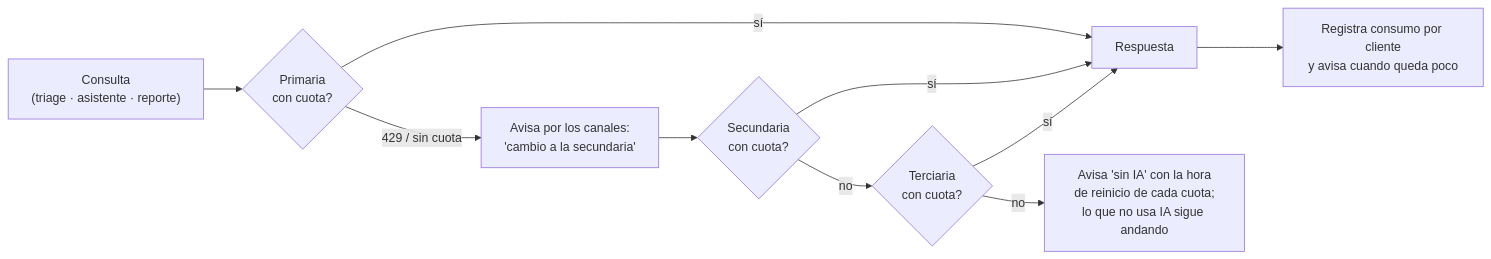
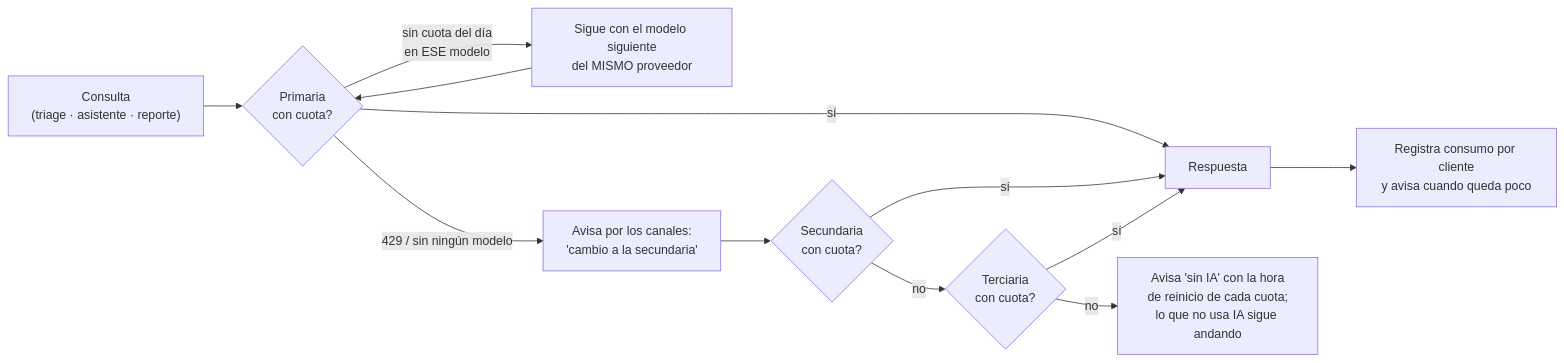
The first of 6 diagrams in DOCUMENTO_MAESTRO.md (bsierra4262/ithos), drawn with Mermaid before and after one commit. The commit also changed other lines of this file and 14 other files, not shown here.

````diff
--- a/DOCUMENTO_MAESTRO.md
+++ b/DOCUMENTO_MAESTRO.md
@@ -73,11 +73,12 @@
 ```mermaid
 flowchart LR
     Q["Consulta<br/>(triage · asistente · reporte)"] --> P1{"Primaria<br/>con cuota?"}
     P1 -->|"sí"| R["Respuesta"]
-    P1 -->|"429 / sin cuota"| AV["Avisa por los canales:<br/>'cambio a la secundaria'"] --> P2{"Secundaria<br/>con cuota?"}
+    P1 -->|"sin cuota del día<br/>en ESE modelo"| ES["Sigue con el modelo siguiente<br/>del MISMO proveedor"] --> P1
+    P1 -->|"429 / sin ningún modelo"| AV["Avisa por los canales:<br/>'cambio a la secundaria'"] --> P2{"Secundaria<br/>con cuota?"}
     P2 -->|"sí"| R
     P2 -->|"no"| P3{"Terciaria<br/>con cuota?"}
     P3 -->|"sí"| R
     P3 -->|"no"| SIN["Avisa 'sin IA' con la hora<br/>de reinicio de cada cuota;<br/>lo que no usa IA sigue andando"]
     R --> CU["Registra consumo por cliente<br/>y avisa cuando queda poco"]
 ```
````
